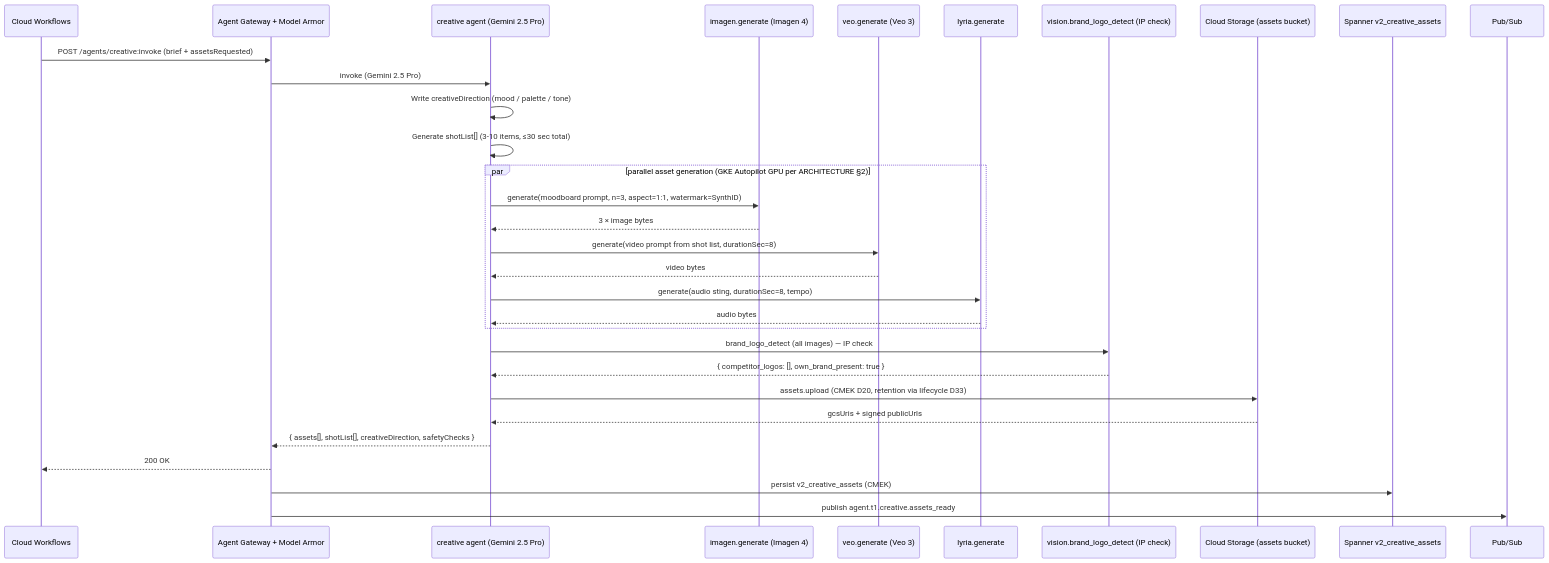
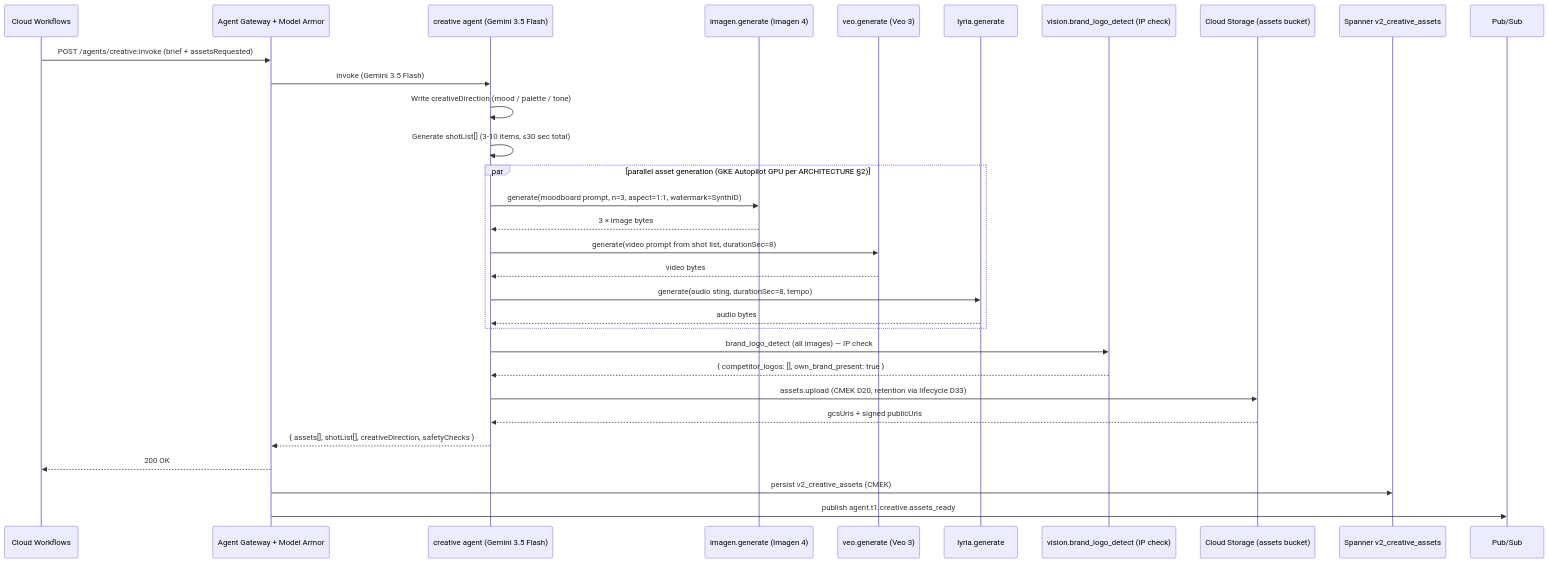
Before and after one commit to Two-Weeks-Team/social-seeding-v2-public: the diagram in gcp-research/specs/tier1/creative.spec.md, drawn with Mermaid. The commit also changed other lines of this file and 30 other files, not shown here.

````diff
--- a/gcp-research/specs/tier1/creative.spec.md
+++ b/gcp-research/specs/tier1/creative.spec.md
@@ -173,34 +173,34 @@
 ```mermaid
 sequenceDiagram
   participant WF as Cloud Workflows
   participant AG as Agent Gateway + Model Armor
-  participant CR as creative agent (Gemini 2.5 Pro)
+  participant CR as creative agent (Gemini 3.5 Flash)
   participant IM as imagen.generate (Imagen 4)
   participant VE as veo.generate (Veo 3)
   participant LY as lyria.generate
   participant VI as vision.brand_logo_detect (IP check)
   participant CS as Cloud Storage (assets bucket)
   participant SP as Spanner v2_creative_assets
   participant PS as Pub/Sub
 
   WF->>AG: POST /agents/creative:invoke (brief + assetsRequested)
-  AG->>CR: invoke (Gemini 2.5 Pro)
+  AG->>CR: invoke (Gemini 3.5 Flash)
   CR->>CR: Write creativeDirection (mood / palette / tone)
   CR->>CR: Generate shotList[] (3-10 items, ≤30 sec total)
   par parallel asset generation (GKE Autopilot GPU per ARCHITECTURE §2)
     CR->>IM: generate(moodboard prompt, n=3, aspect=1:1, watermark=SynthID)
     IM-->>CR: 3 × image bytes
     CR->>VE: generate(video prompt from shot list, durationSec=8)
     VE-->>CR: video bytes
     CR->>LY: generate(audio sting, durationSec=8, tempo)
     LY-->>CR: audio bytes
   end
   CR->>VI: brand_logo_detect (all images) — IP check
   VI-->>CR: { competitor_logos: [], own_brand_present: true }
   CR->>CS: assets.upload (CMEK D20, retention via lifecycle D33)
   CS-->>CR: gcsUris + signed publicUrls
   CR-->>AG: { assets[], shotList[], creativeDirection, safetyChecks }
   AG-->>WF: 200 OK
   AG->>SP: persist v2_creative_assets (CMEK)
   AG->>PS: publish agent.t1.creative.assets_ready
 ```
````
